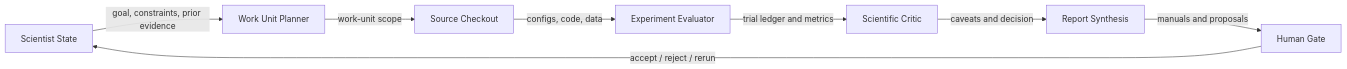
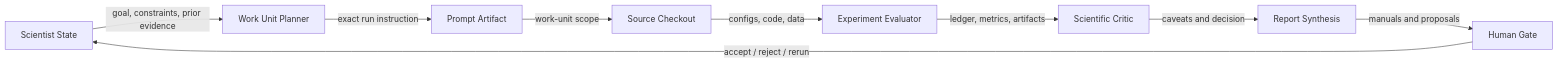
The diagram in docs/scientists/btc-autoresearch-v1/index.md (sungsoo-ahn/ai-lab), drawn with Mermaid before and after one commit. The commit also changed other lines of this file and 16 other files, not shown here.

````diff
--- a/docs/scientists/btc-autoresearch-v1/index.md
+++ b/docs/scientists/btc-autoresearch-v1/index.md
@@ -47,10 +43,11 @@
 ```mermaid
 flowchart LR
   S[Scientist State] -->|goal, constraints, prior evidence| P[Work Unit Planner]
-  P -->|work-unit scope| C[Source Checkout]
+  P -->|exact run instruction| PR[Prompt Artifact]
+  PR -->|work-unit scope| C[Source Checkout]
   C -->|configs, code, data| E[Experiment Evaluator]
-  E -->|trial ledger and metrics| A[Scientific Critic]
+  E -->|ledger, metrics, artifacts| A[Scientific Critic]
   A -->|caveats and decision| R[Report Synthesis]
   R -->|manuals and proposals| H[Human Gate]
   H -->|accept / reject / rerun| S
 ```
````
